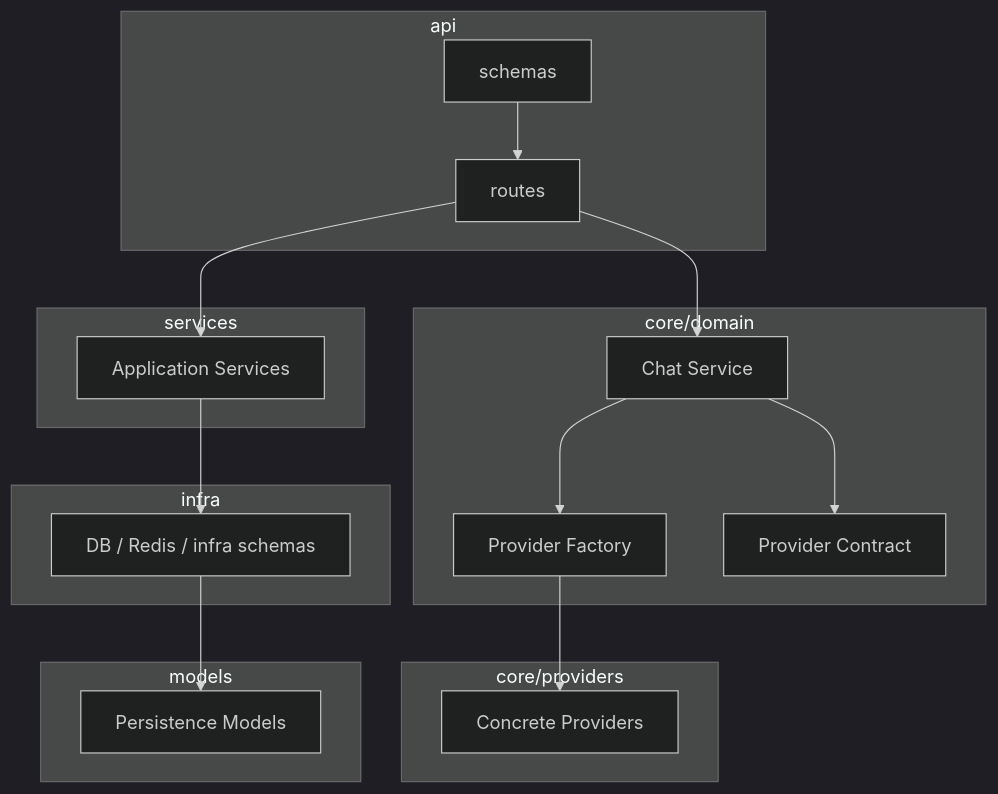
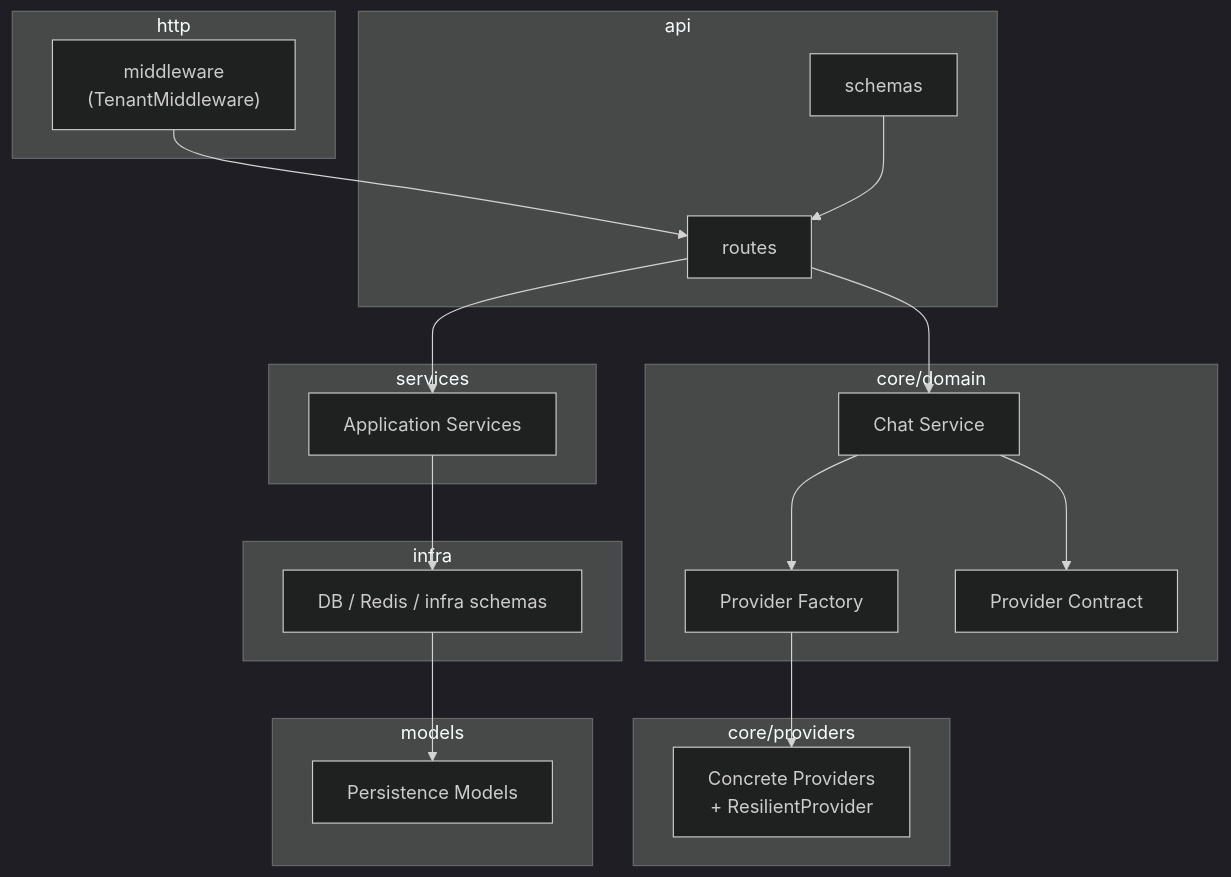
Before and after one commit to matudasilva/llm-chat-platform: the diagram in docs/working/diagrams/architecture/module-boundaries-architecture-v1.mmd, drawn with Mermaid (dark theme). The commit also changed 2 other files, not shown here.

Commit message:
docs(ORQ-18.1): update architecture diagrams to reflect current implementation
provider-abstraction-architecture-v1.mmd: add ResilientProvider as explicit
Resilience Layer between ProviderFactory and concrete providers. Factory resolves
to ResilientProvider (not directly to ProviderPort); ResilientProvider implements
ProviderPort and wraps primary/fallback concrete providers.

module-boundaries-architecture-v1.mmd: add http/ subgraph with TenantMiddleware
as outermost module layer; note ResilientProvider alongside Concrete Providers.

chat-flow-architecture-v2.mmd: add TenantMiddleware before /chat, add
ResilientProvider between ProviderFactory and LLM Provider, annotate Redis
with tenant-namespaced key format.

streaming-fallback-sequence-v1.mmd and chat-flow-architecture-v1.mmd: no changes
(accurate at their level of abstraction).

```diff
--- a/docs/working/diagrams/architecture/module-boundaries-architecture-v1.mmd
+++ b/docs/working/diagrams/architecture/module-boundaries-architecture-v1.mmd
@@ -1,36 +1,41 @@
 flowchart TD
+    subgraph HTTP["http"]
+        MW["middleware<br/>(TenantMiddleware)"]
+    end
+
     subgraph API["api"]
         ROUTES["routes"]
         SCHEMAS["schemas"]
     end
 
     subgraph DOMAIN["core/domain"]
         CS["Chat Service"]
         PF["Provider Factory"]
         PC["Provider Contract"]
     end
 
     subgraph PROVIDERS["core/providers"]
-        CP["Concrete Providers"]
+        CP["Concrete Providers<br/>+ ResilientProvider"]
     end
 
     subgraph SERVICES["services"]
         AS["Application Services"]
     end
 
     subgraph INFRA["infra"]
         DB["DB / Redis / infra schemas"]
     end
 
     subgraph MODELS["models"]
         M["Persistence Models"]
     end
 
+    MW --> ROUTES
     ROUTES --> CS
     ROUTES --> AS
     SCHEMAS --> ROUTES
     CS --> PF
     CS --> PC
     PF --> CP
     AS --> DB
     DB --> M
```
